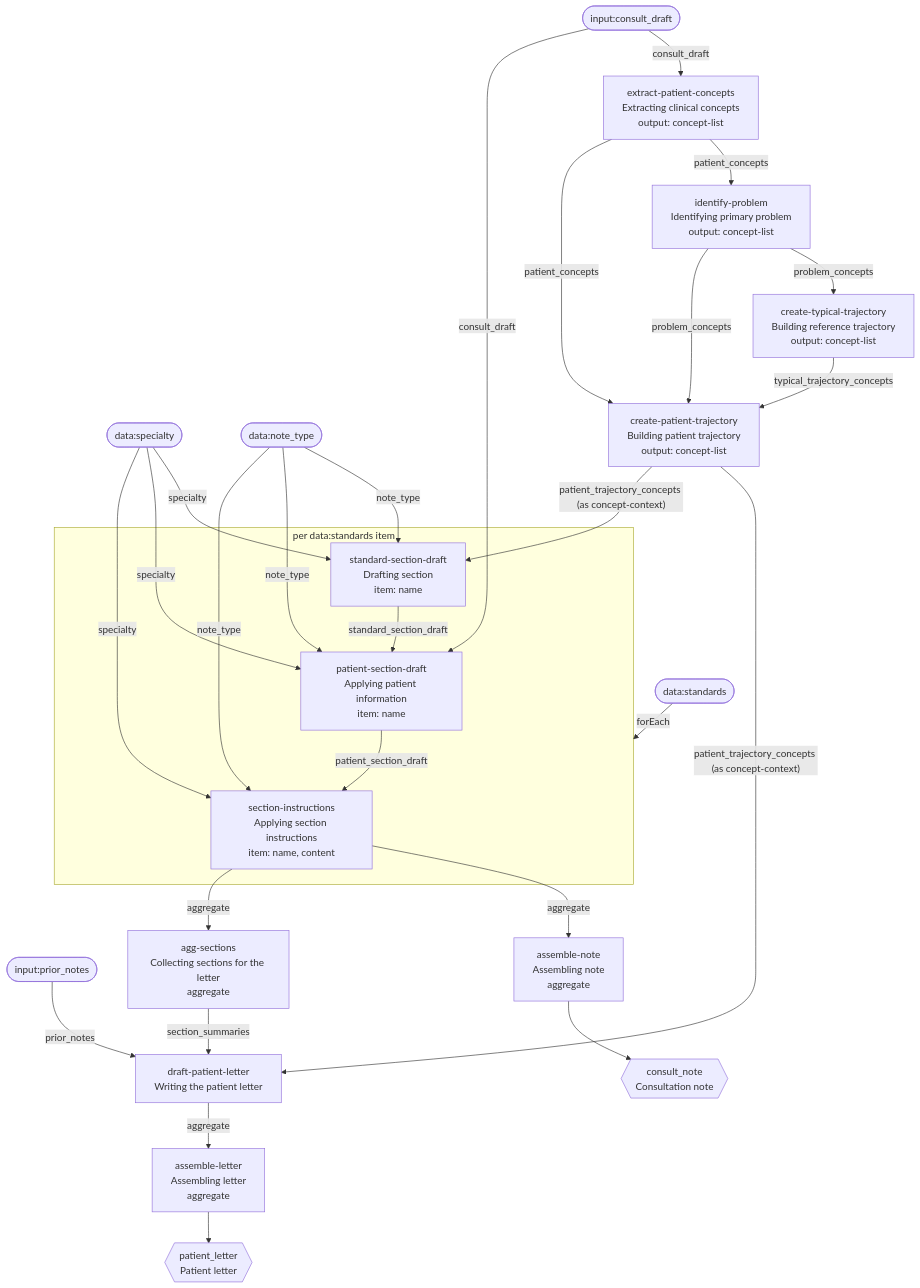
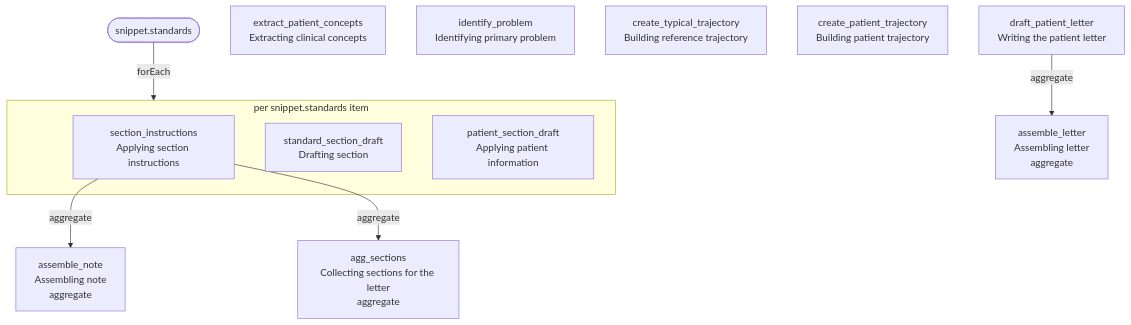
The diagram in packages/example-two-documents/dag.mmd (Consultologist/consultologist-workflows), drawn with Mermaid before and after one commit. The commit also changed 23 other files, not shown here.

```diff
--- a/packages/example-two-documents/dag.mmd
+++ b/packages/example-two-documents/dag.mmd
@@ -1,49 +1,21 @@
 flowchart TD
-    input_consult_draft(["input:consult_draft"])
-    data_specialty(["data:specialty"])
-    data_note_type(["data:note_type"])
-    data_standards(["data:standards"])
-    input_prior_notes(["input:prior_notes"])
+    snippet_standards(["snippet.standards"])
 
-    extract_patient_concepts["extract-patient-concepts<br/>Extracting clinical concepts<br/>output: concept-list"]
-    input_consult_draft -->|"consult_draft"| extract_patient_concepts
-    identify_problem["identify-problem<br/>Identifying primary problem<br/>output: concept-list"]
-    extract_patient_concepts -->|"patient_concepts"| identify_problem
-    create_typical_trajectory["create-typical-trajectory<br/>Building reference trajectory<br/>output: concept-list"]
-    identify_problem -->|"problem_concepts"| create_typical_trajectory
-    create_patient_trajectory["create-patient-trajectory<br/>Building patient trajectory<br/>output: concept-list"]
-    identify_problem -->|"problem_concepts"| create_patient_trajectory
-    extract_patient_concepts -->|"patient_concepts"| create_patient_trajectory
-    create_typical_trajectory -->|"typical_trajectory_concepts"| create_patient_trajectory
-    assemble_note["assemble-note<br/>Assembling note<br/>aggregate"]
+    extract_patient_concepts["extract_patient_concepts<br/>Extracting clinical concepts"]
+    identify_problem["identify_problem<br/>Identifying primary problem"]
+    create_typical_trajectory["create_typical_trajectory<br/>Building reference trajectory"]
+    create_patient_trajectory["create_patient_trajectory<br/>Building patient trajectory"]
+    assemble_note["assemble_note<br/>Assembling note<br/>aggregate"]
     section_instructions -->|"aggregate"| assemble_note
-    agg_sections["agg-sections<br/>Collecting sections for the letter<br/>aggregate"]
+    agg_sections["agg_sections<br/>Collecting sections for the letter<br/>aggregate"]
     section_instructions -->|"aggregate"| agg_sections
-    draft_patient_letter["draft-patient-letter<br/>Writing the patient letter"]
-    agg_sections -->|"section_summaries"| draft_patient_letter
-    create_patient_trajectory -->|"patient_trajectory_concepts (as concept-context)"| draft_patient_letter
-    input_prior_notes -->|"prior_notes"| draft_patient_letter
-    assemble_letter["assemble-letter<br/>Assembling letter<br/>aggregate"]
+    draft_patient_letter["draft_patient_letter<br/>Writing the patient letter"]
+    assemble_letter["assemble_letter<br/>Assembling letter<br/>aggregate"]
     draft_patient_letter -->|"aggregate"| assemble_letter
 
-    data_standards -->|"forEach"| foreach_data_standards
-    subgraph foreach_data_standards["per data:standards item"]
-        standard_section_draft["standard-section-draft<br/>Drafting section<br/>item: name"]
-        patient_section_draft["patient-section-draft<br/>Applying patient information<br/>item: name"]
-        section_instructions["section-instructions<br/>Applying section instructions<br/>item: name, content"]
-        standard_section_draft -->|"standard_section_draft"| patient_section_draft
-        patient_section_draft -->|"patient_section_draft"| section_instructions
+    snippet_standards -->|"forEach"| foreach_snippet_standards
+    subgraph foreach_snippet_standards["per snippet.standards item"]
+        standard_section_draft["standard_section_draft<br/>Drafting section"]
+        patient_section_draft["patient_section_draft<br/>Applying patient information"]
+        section_instructions["section_instructions<br/>Applying section instructions"]
     end
-    create_patient_trajectory -->|"patient_trajectory_concepts (as concept-context)"| standard_section_draft
-    data_specialty -->|"specialty"| standard_section_draft
-    data_note_type -->|"note_type"| standard_section_draft
-    input_consult_draft -->|"consult_draft"| patient_section_draft
-    data_specialty -->|"specialty"| patient_section_draft
-    data_note_type -->|"note_type"| patient_section_draft
-    data_specialty -->|"specialty"| section_instructions
-    data_note_type -->|"note_type"| section_instructions
-
-    result_consult_note{{"consult_note<br/>Consultation note"}}
-    assemble_note --> result_consult_note
-    result_patient_letter{{"patient_letter<br/>Patient letter"}}
-    assemble_letter --> result_patient_letter
```
